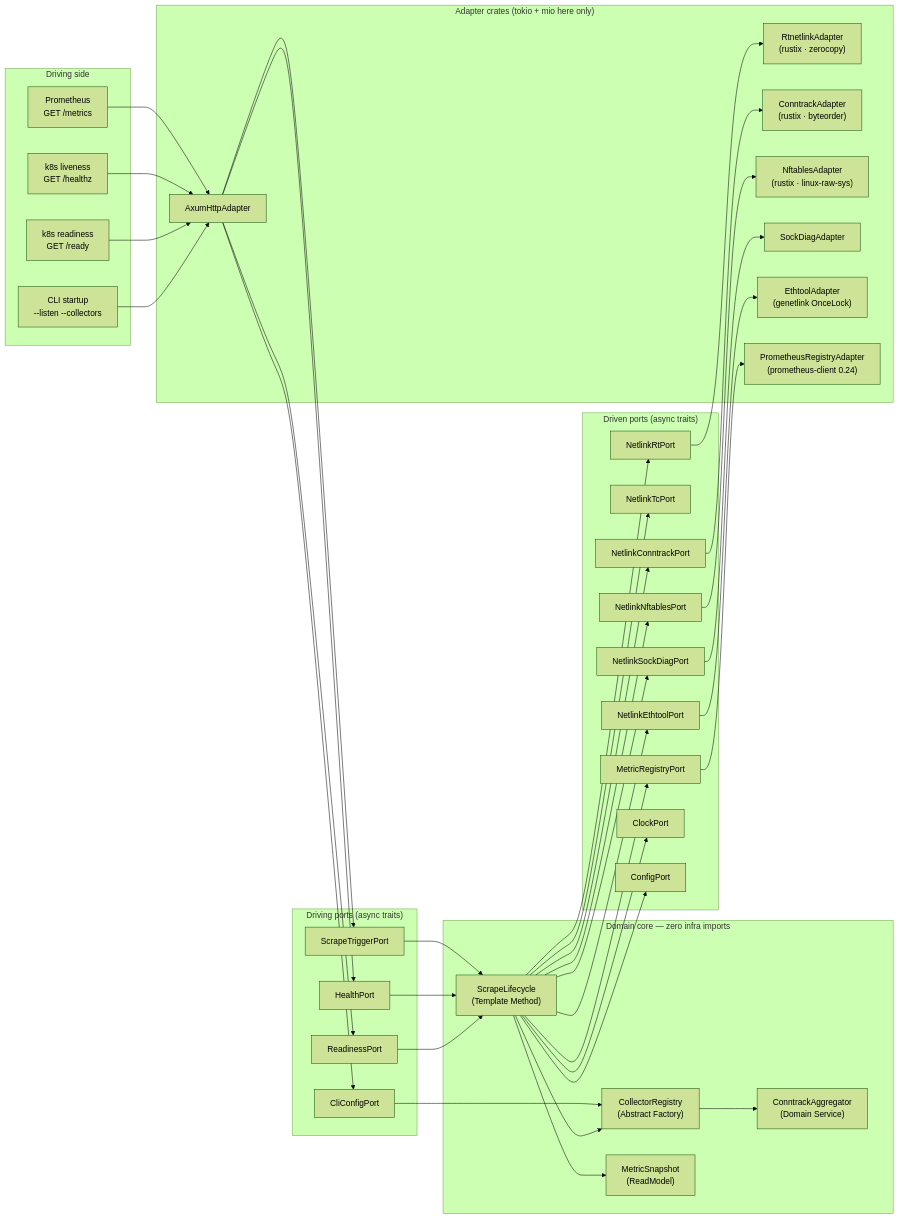
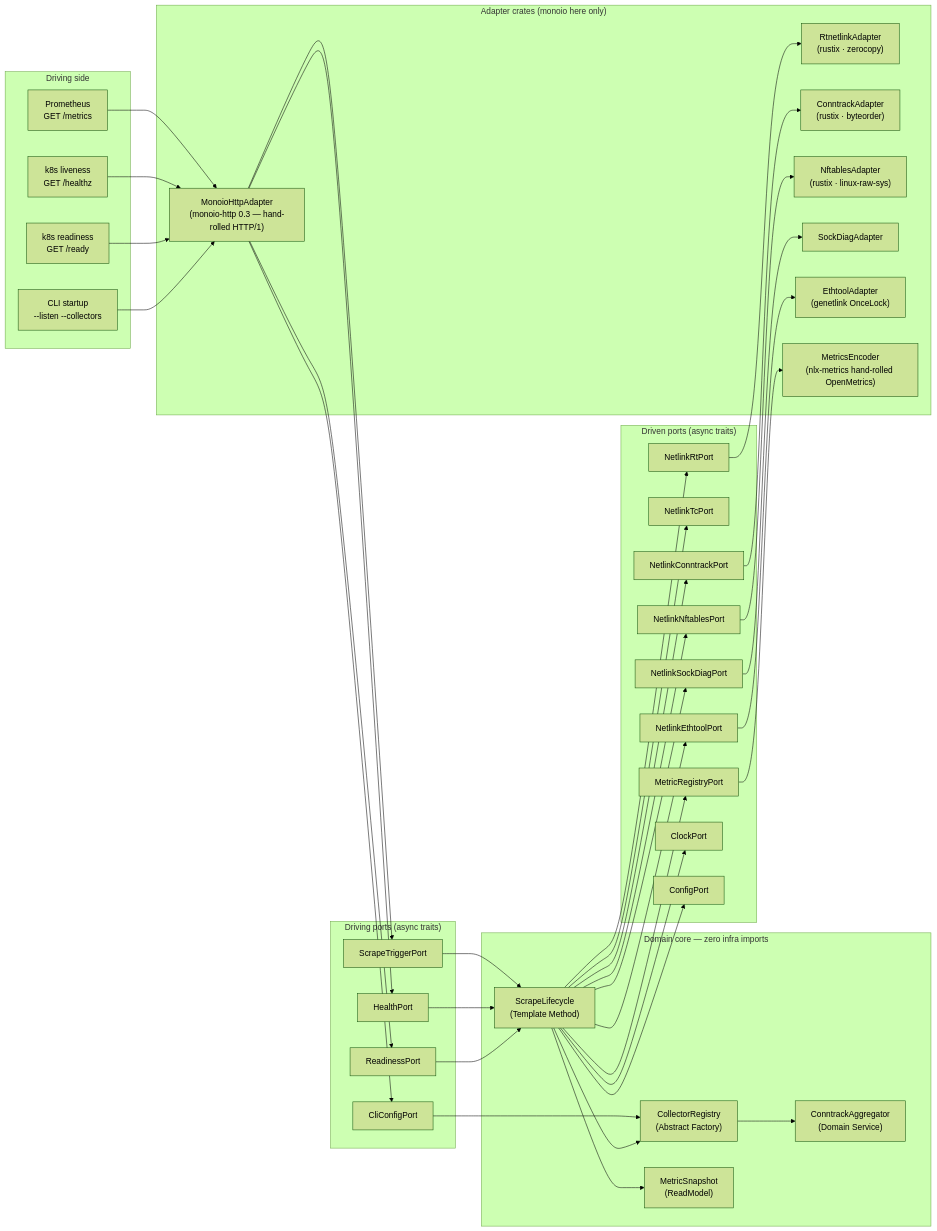
Before and after one commit to farchanjo/netlink_exporter: the second of 3 diagrams in README.md, drawn with Mermaid (forest theme). The commit also changed other lines of this file and 8 other files, not shown here.

````diff
--- a/README.md
+++ b/README.md
@@ -99,68 +100,68 @@
 ```mermaid
 graph LR
     subgraph driving["Driving side"]
         P1["Prometheus\nGET /metrics"]
         P2["k8s liveness\nGET /healthz"]
         P3["k8s readiness\nGET /ready"]
         P4["CLI startup\n--listen --collectors"]
     end
 
     subgraph driving_ports["Driving ports (async traits)"]
         STP["ScrapeTriggerPort"]
         HP["HealthPort"]
         RP["ReadinessPort"]
         CCP["CliConfigPort"]
     end
 
     subgraph domain["Domain core — zero infra imports"]
         SL["ScrapeLifecycle\n(Template Method)"]
         CR["CollectorRegistry\n(Abstract Factory)"]
         CA["ConntrackAggregator\n(Domain Service)"]
         SNAP["MetricSnapshot\n(ReadModel)"]
     end
 
     subgraph driven_ports["Driven ports (async traits)"]
         NRT["NetlinkRtPort"]
         NTC["NetlinkTcPort"]
         NCT["NetlinkConntrackPort"]
         NNFT["NetlinkNftablesPort"]
         NSD["NetlinkSockDiagPort"]
         NETH["NetlinkEthtoolPort"]
         MRP["MetricRegistryPort"]
         CLK["ClockPort"]
         CFG["ConfigPort"]
     end
 
-    subgraph adapters["Adapter crates (tokio + mio here only)"]
-        AXM["AxumHttpAdapter"]
+    subgraph adapters["Adapter crates (monoio here only)"]
+        AXM["MonoioHttpAdapter\n(monoio-http 0.3 — hand-rolled HTTP/1)"]
         RTA["RtnetlinkAdapter\n(rustix · zerocopy)"]
         CTA["ConntrackAdapter\n(rustix · byteorder)"]
         NFTA["NftablesAdapter\n(rustix · linux-raw-sys)"]
         SDA["SockDiagAdapter"]
         ETHA["EthtoolAdapter\n(genetlink OnceLock)"]
-        PRA["PrometheusRegistryAdapter\n(prometheus-client 0.24)"]
+        PRA["MetricsEncoder\n(nlx-metrics hand-rolled OpenMetrics)"]
     end
 
     P1 --> AXM
     P2 --> AXM
     P3 --> AXM
     P4 --> AXM
 
     AXM --> STP & HP & RP & CCP
     STP --> SL
     HP --> SL
     RP --> SL
     CCP --> CR
 
     SL --> CR & SNAP
     CR --> CA
 
     SL --> NRT & NTC & NCT & NNFT & NSD & NETH & MRP & CLK & CFG
 
     NRT --> RTA
     NCT --> CTA
     NNFT --> NFTA
     NSD --> SDA
     NETH --> ETHA
     MRP --> PRA
 ```
````
